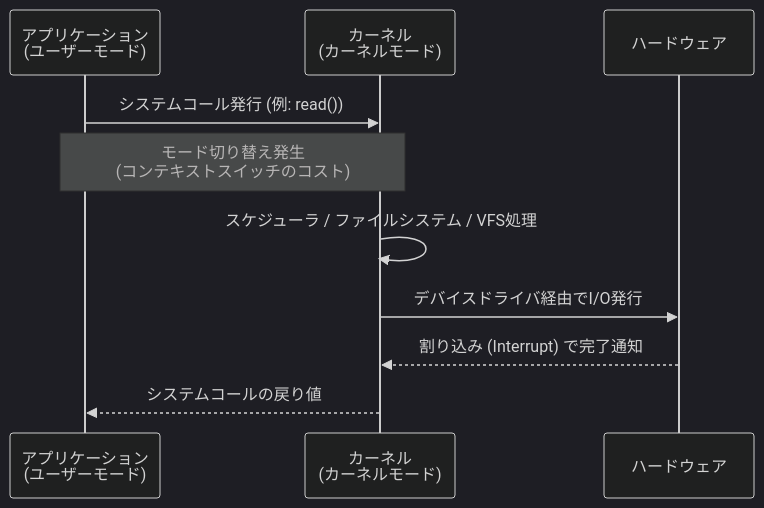
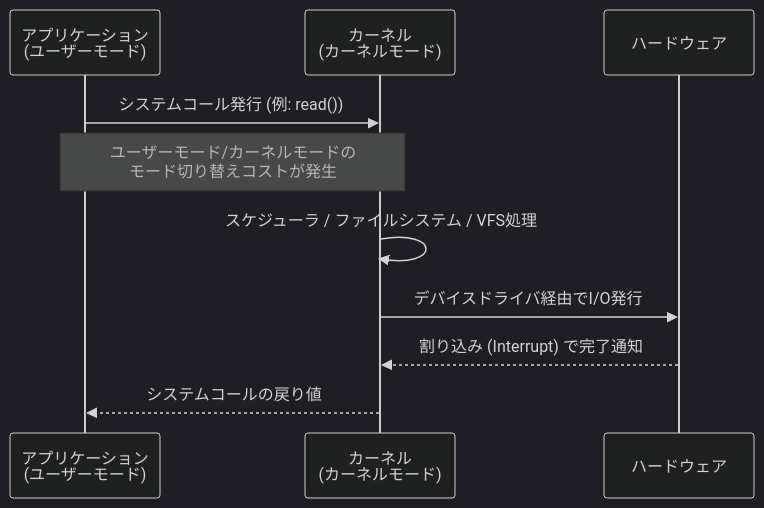
Before and after one commit to myoshi2891/Cloud-Infrastructure-Studies: the sixth of 18 diagrams in Systems-performance-guide.md, drawn with Mermaid (dark theme). The commit also changed other lines of this file, not shown here.

````diff
--- a/Systems-performance-guide.md
+++ b/Systems-performance-guide.md
@@ -196,13 +197,13 @@
 ```mermaid
 sequenceDiagram
     participant App as アプリケーション<br/>(ユーザーモード)
     participant Kernel as カーネル<br/>(カーネルモード)
     participant HW as ハードウェア
 
     App->>Kernel: システムコール発行 (例: read())
-    Note over App,Kernel: モード切り替え発生<br/>(コンテキストスイッチのコスト)
+    Note over App,Kernel: ユーザーモード/カーネルモードの<br/>モード切り替えコストが発生
     Kernel->>Kernel: スケジューラ / ファイルシステム / VFS処理
     Kernel->>HW: デバイスドライバ経由でI/O発行
     HW-->>Kernel: 割り込み (Interrupt) で完了通知
     Kernel-->>App: システムコールの戻り値
 ```
````
